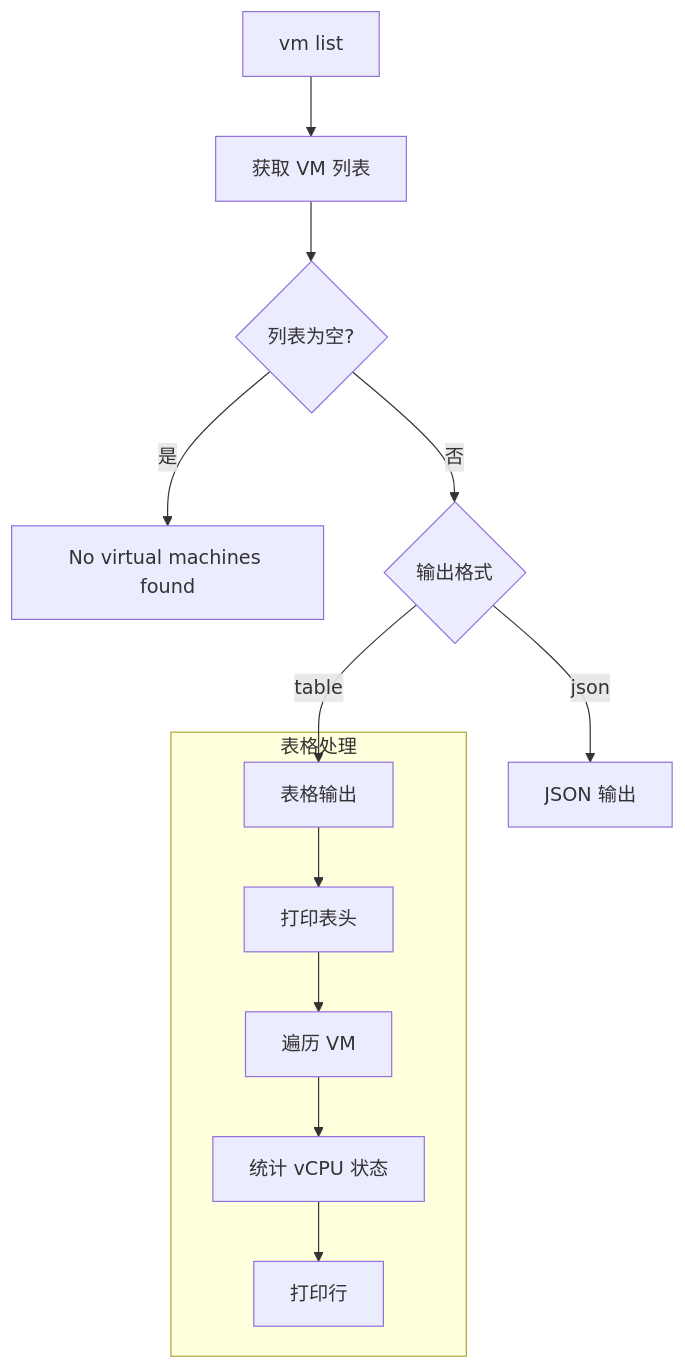
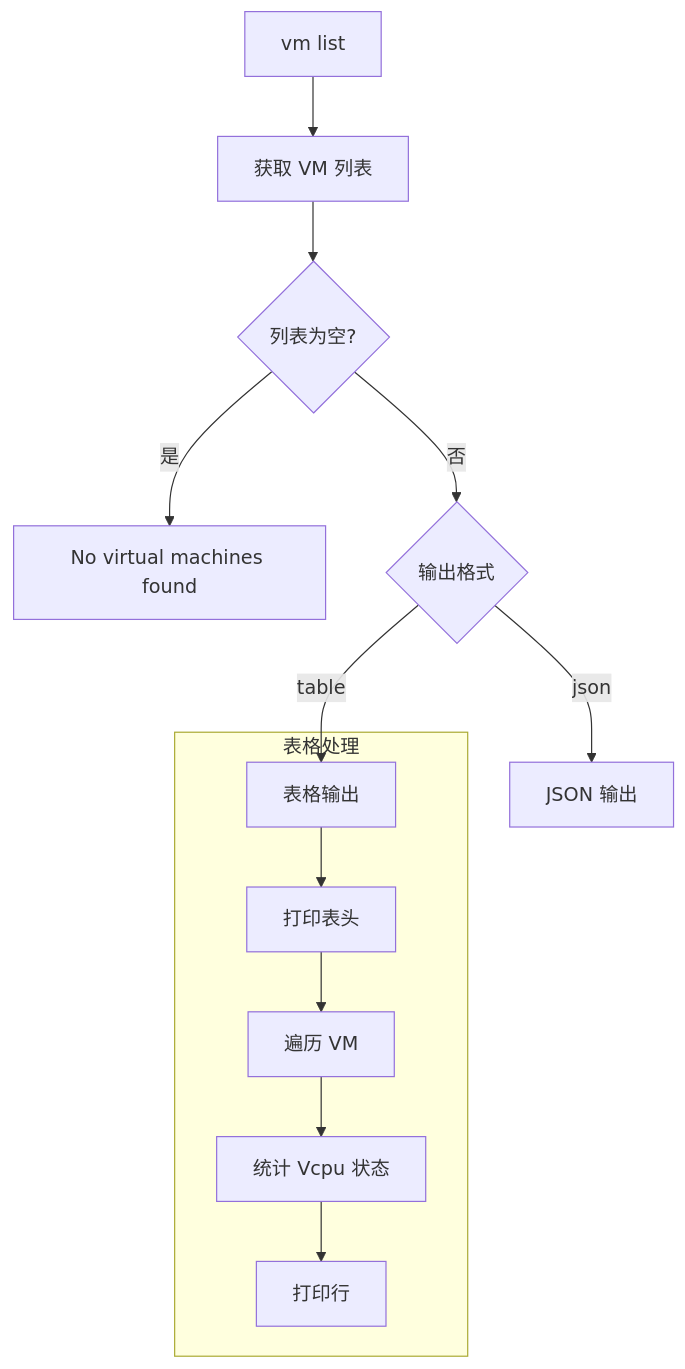
One commit to arceos-hypervisor/axvisorbook changed the second of 13 diagrams in docs/design/guest/manager/shell-commands.md. Above: the diagram before and after it, drawn with Mermaid. The commit also changed other lines of this file and 6 other files, not shown here.

````diff
--- a/docs/design/guest/manager/shell-commands.md
+++ b/docs/design/guest/manager/shell-commands.md
@@ -152,18 +152,18 @@
 ```mermaid
 flowchart TB
     START[vm list] --> GET[获取 VM 列表]
     GET --> EMPTY{列表为空?}
 
     EMPTY -->|是| MSG[No virtual machines found]
     EMPTY -->|否| FORMAT{输出格式}
 
     FORMAT -->|table| TABLE[表格输出]
     FORMAT -->|json| JSON[JSON 输出]
 
     subgraph 表格处理
         TABLE --> HEADER[打印表头]
         HEADER --> LOOP[遍历 VM]
-        LOOP --> STATE[统计 vCPU 状态]
+        LOOP --> STATE[统计 Vcpu 状态]
         STATE --> ROW[打印行]
     end
 ```
````
